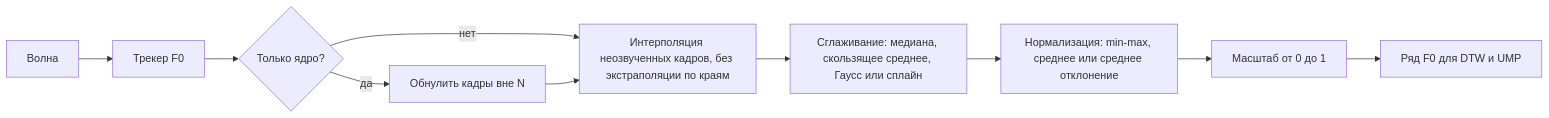
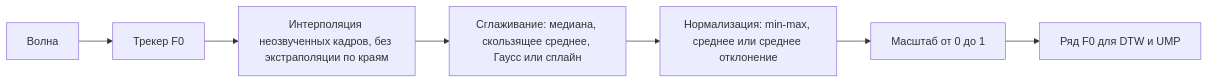
Before and after one commit to zhitko/singing-lessons-trainer: the fourth of 9 diagrams in docs/data_flow_ru.md, drawn with Mermaid. The commit also changed other lines of this file and 12 other files, not shown here.

````diff
--- a/docs/data_flow_ru.md
+++ b/docs/data_flow_ru.md
@@ -106,12 +106,9 @@
 ```mermaid
 flowchart LR
     Sig["Волна"] --> Track["Трекер F0"]
-    Track --> Mask{"Только ядро?"}
-    Mask -->|да| ZeroN["Обнулить кадры вне N"]
-    Mask -->|нет| Gaps
-    ZeroN --> Gaps["Интерполяция неозвученных кадров, без экстраполяции по краям"]
+    Track --> Gaps["Интерполяция неозвученных кадров, без экстраполяции по краям"]
     Gaps --> Smooth["Сглаживание: медиана, скользящее среднее, Гаусс или сплайн"]
     Smooth --> Norm["Нормализация: min-max, среднее или среднее отклонение"]
     Norm --> Scale["Масштаб от 0 до 1"]
     Scale --> Out["Ряд F0 для DTW и UMP"]
 ```
````
